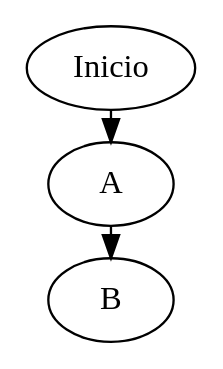
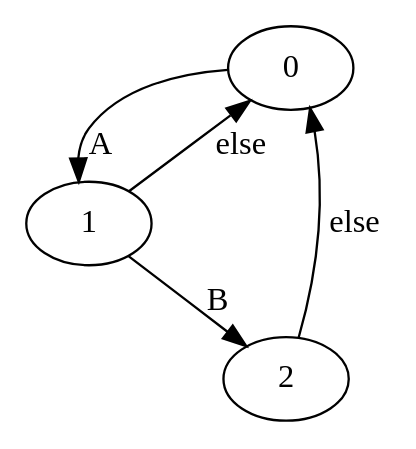
The diagram in aulas/03/dot/fluxo2.dot (EAxxx/EA879-2017s2), drawn with Graphviz before and after one commit. The commit also changed 2 other files, not shown here.

```diff
--- a/aulas/03/dot/fluxo2.dot
+++ b/aulas/03/dot/fluxo2.dot
@@ -1,7 +1,11 @@
 digraph G {
  ranksep = 0.2
- INIT [label="Inicio"]
- A0 [label="A"]
- A1 [label="B"]
- INIT -> A0 -> A1
+ nodesep = 1
+ INIT [label="0"]
+ S0 [label="1"]
+ S1 [label="2"]
+ INIT -> S0 [label="A"]
+ S0-> S1 [label="B"]
+ S0 -> INIT [label="else"]
+ S1 -> INIT [label="else"]
 }
```
